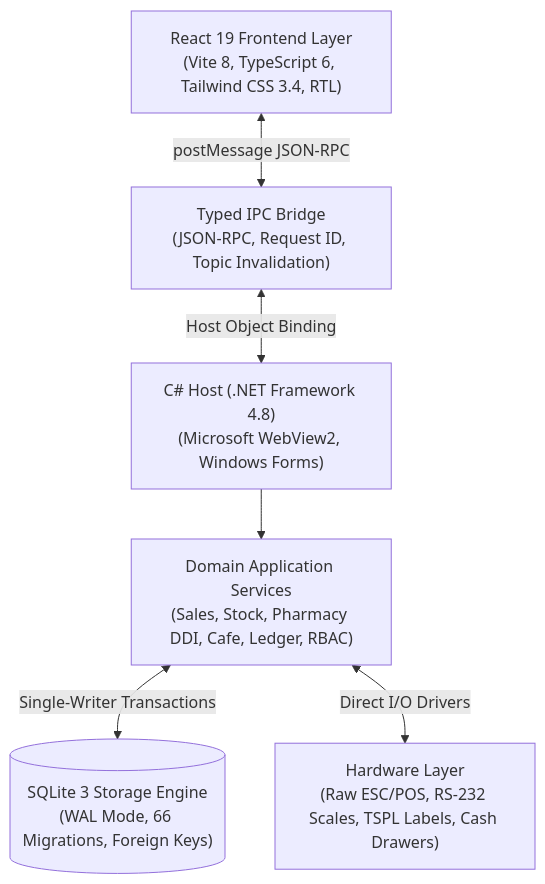
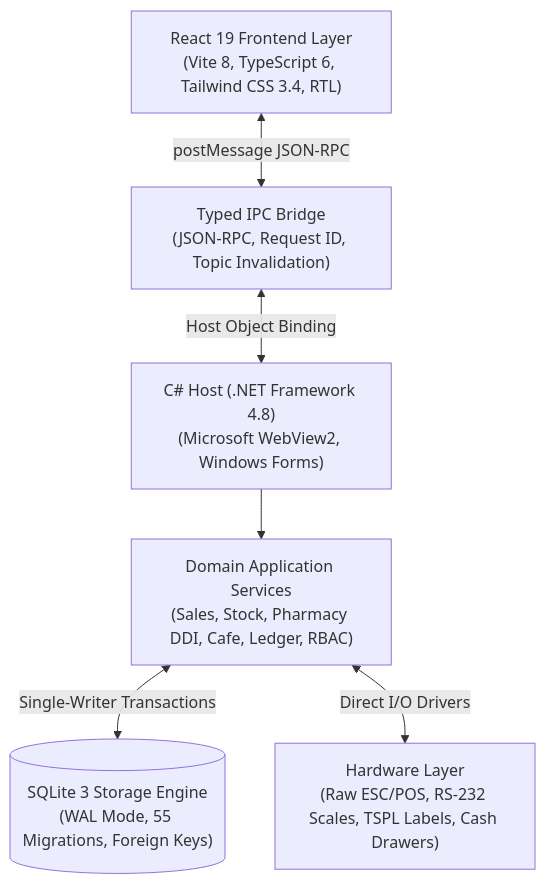
Before and after one commit to ISlamKhaledAli/RAFIQ: the diagram in README.md, drawn with Mermaid. The commit also changed other lines of this file and 10 other files, not shown here.

````diff
--- a/README.md
+++ b/README.md
@@ -73,15 +80,15 @@
 ```mermaid
 graph TD
     UI["React 19 Frontend Layer<br/>(Vite 8, TypeScript 6, Tailwind CSS 3.4, RTL)"]
     IPC["Typed IPC Bridge<br/>(JSON-RPC, Request ID, Topic Invalidation)"]
     Host["C# Host (.NET Framework 4.8)<br/>(Microsoft WebView2, Windows Forms)"]
     Services["Domain Application Services<br/>(Sales, Stock, Pharmacy DDI, Cafe, Ledger, RBAC)"]
-    DB[("SQLite 3 Storage Engine<br/>(WAL Mode, 66 Migrations, Foreign Keys)")]
+    DB[("SQLite 3 Storage Engine<br/>(WAL Mode, 55 Migrations, Foreign Keys)")]
     HW["Hardware Layer<br/>(Raw ESC/POS, RS-232 Scales, TSPL Labels, Cash Drawers)"]
 
     UI <-->|postMessage JSON-RPC| IPC
     IPC <-->|Host Object Binding| Host
     Host --> Services
     Services <-->|Single-Writer Transactions| DB
     Services <-->|Direct I/O Drivers| HW
 ```
````
